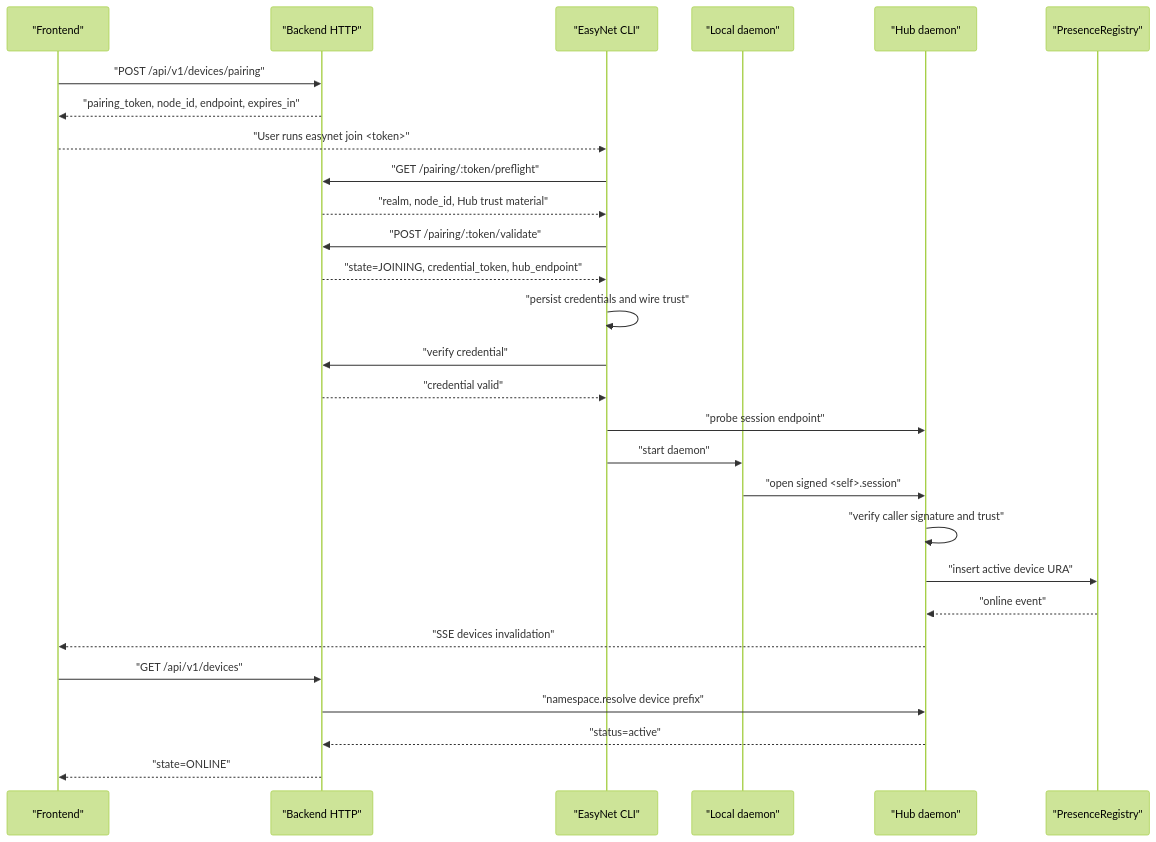
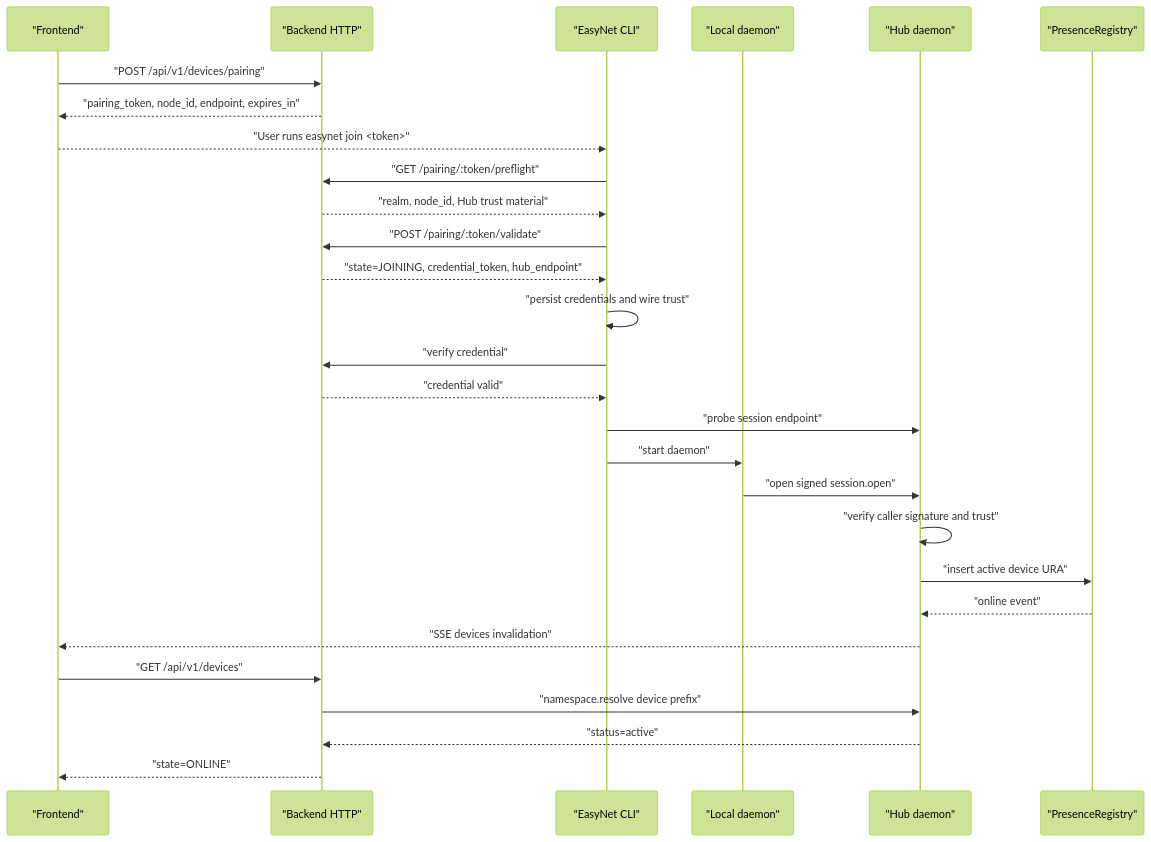
The second of 2 diagrams in docs/join-to-connected-state-machine-2026-06-08.md (EasyRemote/EasyNet-Cli), drawn with Mermaid (forest theme) before and after one commit. The commit also changed other lines of this file and 196 other files, not shown here.

````diff
--- a/docs/join-to-connected-state-machine-2026-06-08.md
+++ b/docs/join-to-connected-state-machine-2026-06-08.md
@@ -321,31 +321,31 @@
 ```mermaid
 sequenceDiagram
     participant FE as "Frontend"
     participant API as "Backend HTTP"
     participant CLI as "EasyNet CLI"
     participant D as "Local daemon"
     participant Hub as "Hub daemon"
     participant PR as "PresenceRegistry"
 
     FE->>API: "POST /api/v1/devices/pairing"
     API-->>FE: "pairing_token, node_id, endpoint, expires_in"
     FE-->>CLI: "User runs easynet join <token>"
     CLI->>API: "GET /pairing/:token/preflight"
     API-->>CLI: "realm, node_id, Hub trust material"
     CLI->>API: "POST /pairing/:token/validate"
     API-->>CLI: "state=JOINING, credential_token, hub_endpoint"
     CLI->>CLI: "persist credentials and wire trust"
     CLI->>API: "verify credential"
     API-->>CLI: "credential valid"
     CLI->>Hub: "probe session endpoint"
     CLI->>D: "start daemon"
-    D->>Hub: "open signed <self>.session"
+    D->>Hub: "open signed session.open"
     Hub->>Hub: "verify caller signature and trust"
     Hub->>PR: "insert active device URA"
     PR-->>Hub: "online event"
     Hub-->>FE: "SSE devices invalidation"
     FE->>API: "GET /api/v1/devices"
     API->>Hub: "namespace.resolve device prefix"
     Hub-->>API: "status=active"
     API-->>FE: "state=ONLINE"
 ```
````
